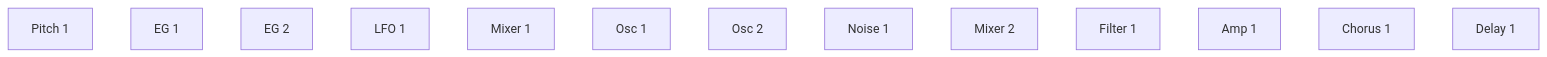
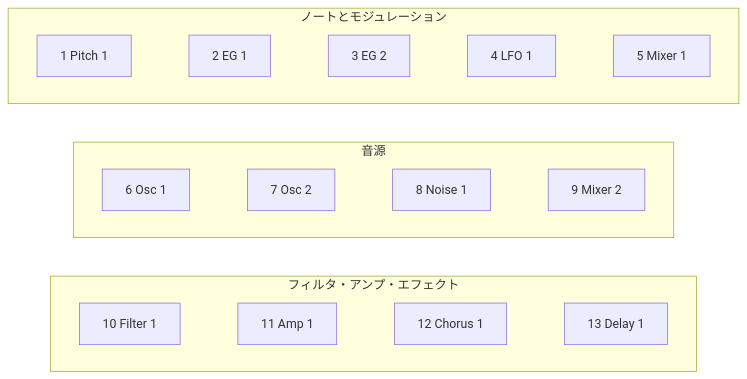
One commit to risgk/midi_synthesizer_spms1 changed the second of 6 diagrams in spms1_type2/README.ja.md. Above: the diagram before and after it, drawn with Mermaid. The commit also changed other lines of this file and 1 other file, not shown here.

Commit message:
type-2: README: Draw the run order in three rows
The run order, one row of 13 modules too wide to read, is drawn in three rows, numbered in order:
the note and the modulation sources with Mixer 1, the sound sources with Mixer 2, and the filter,
the amp and the effects.

Claude-Session: https://claude.ai/code/session_01N7mMVnoKzjmRDboQE4ZMEq

````diff
--- a/spms1_type2/README.ja.md
+++ b/spms1_type2/README.ja.md
@@ -277,4 +277,16 @@
 ```mermaid
-flowchart LR
-  PITCH[Pitch 1] ~~~ EG[EG 1] ~~~ EG2[EG 2] ~~~ LFO[LFO 1] ~~~ MIX1[Mixer 1] ~~~ OSC[Osc 1] ~~~ OSC2[Osc 2] ~~~ NOISE[Noise 1] ~~~ MIX2[Mixer 2] ~~~ FILTER[Filter 1] ~~~ AMP[Amp 1] ~~~ CHORUS[Chorus 1] ~~~ DELAY[Delay 1]
+flowchart TB
+  subgraph NOTE_MOD [ノートとモジュレーション]
+    direction LR
+    PITCH[1 Pitch 1] ~~~ EG[2 EG 1] ~~~ EG2[3 EG 2] ~~~ LFO[4 LFO 1] ~~~ MIX1[5 Mixer 1]
+  end
+  subgraph SOUND [音源]
+    direction LR
+    OSC[6 Osc 1] ~~~ OSC2[7 Osc 2] ~~~ NOISE[8 Noise 1] ~~~ MIX2[9 Mixer 2]
+  end
+  subgraph VOICE [フィルタ・アンプ・エフェクト]
+    direction LR
+    FILTER[10 Filter 1] ~~~ AMP[11 Amp 1] ~~~ CHORUS[12 Chorus 1] ~~~ DELAY[13 Delay 1]
+  end
+  NOTE_MOD ~~~ SOUND ~~~ VOICE
 ```
````
